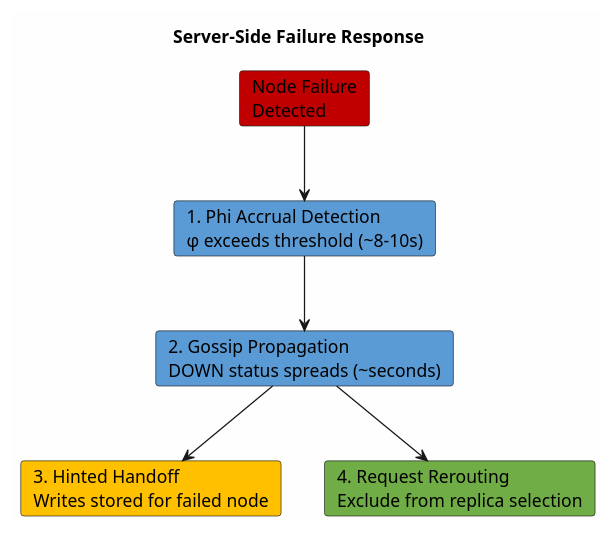
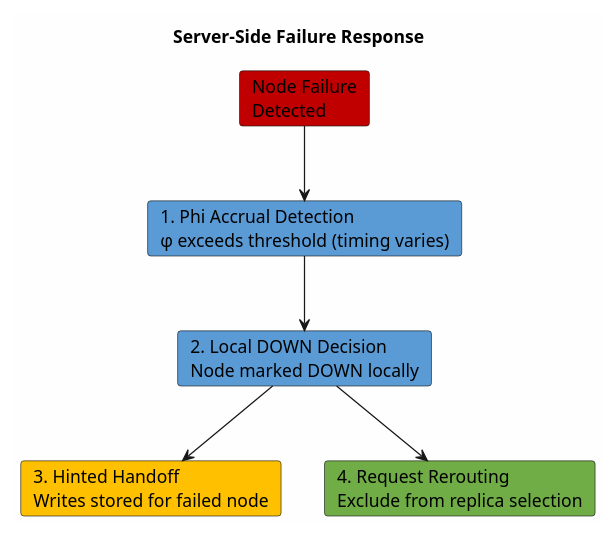
One commit to axonops/documentation changed the fourth of 16 diagrams in docs/data-platforms/cassandra/architecture/fault-tolerance/index.md. Above: the diagram before and after it, drawn with PlantUML. The commit also changed other lines of this file and 262 other files, not shown here.

````diff
--- a/docs/data-platforms/cassandra/architecture/fault-tolerance/index.md
+++ b/docs/data-platforms/cassandra/architecture/fault-tolerance/index.md
@@ -150,19 +150,19 @@
 ```plantuml
 @startuml
 skinparam backgroundColor #FEFEFE
 
 title Server-Side Failure Response
 
 card "Node Failure\nDetected" as failure #C00000
-card "1. Phi Accrual Detection\nφ exceeds threshold (~8-10s)" as phi #5B9BD5
-card "2. Gossip Propagation\nDOWN status spreads (~seconds)" as gossip #5B9BD5
+card "1. Phi Accrual Detection\nφ exceeds threshold (timing varies)" as phi #5B9BD5
+card "2. Local DOWN Decision\nNode marked DOWN locally" as gossip #5B9BD5
 card "3. Hinted Handoff\nWrites stored for failed node" as hints #FFC000
 card "4. Request Rerouting\nExclude from replica selection" as reroute #70AD47
 
 failure --> phi
 phi --> gossip
 gossip --> hints
 gossip --> reroute
 
 @enduml
 ```
````
